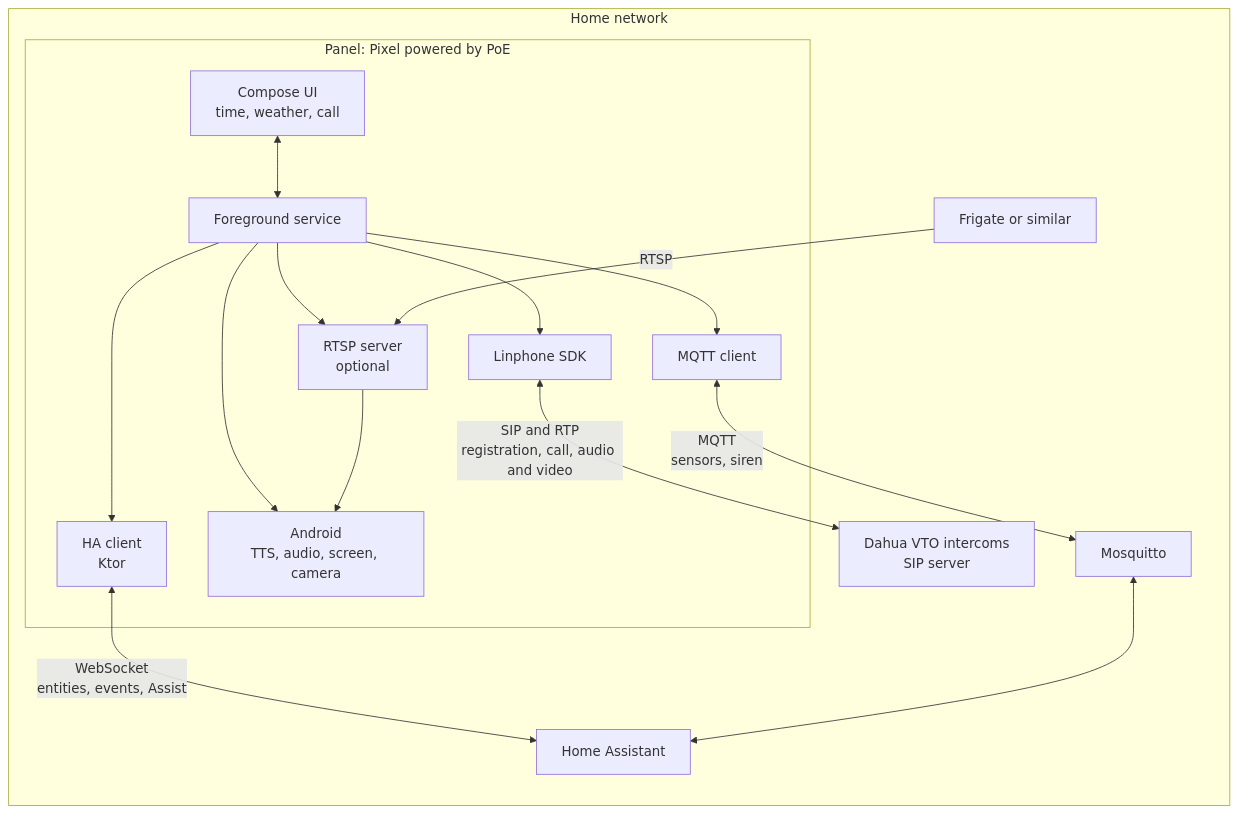
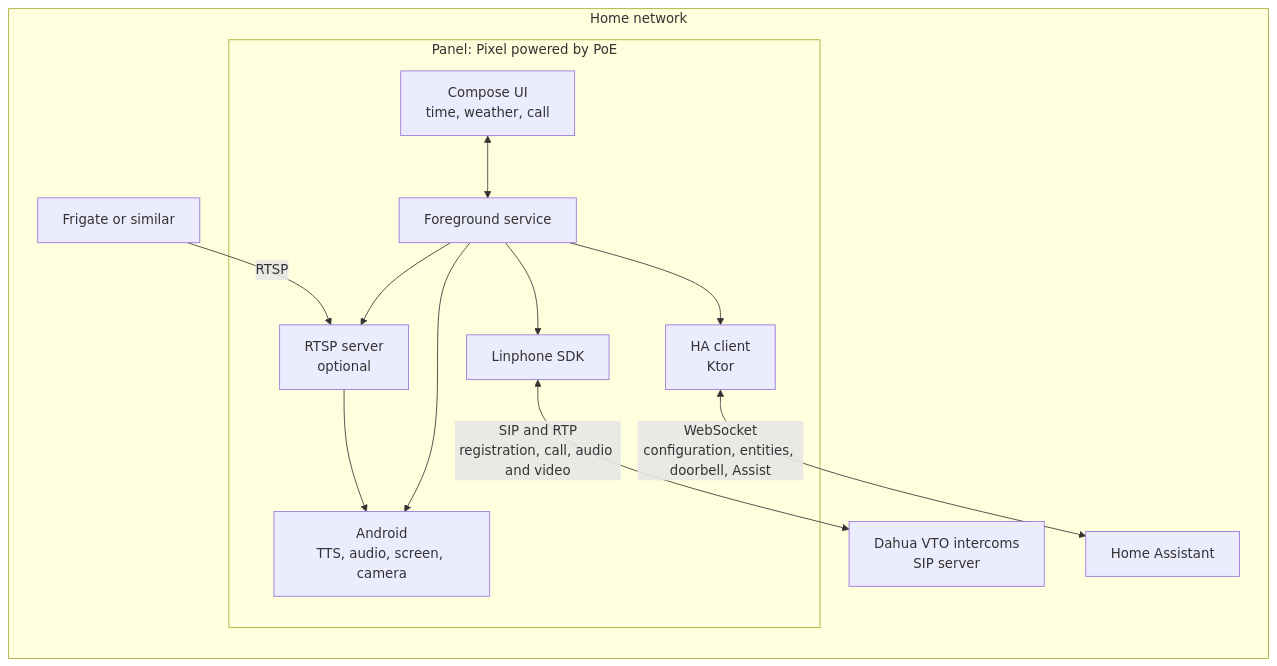
Before and after one commit to xoadev/marc2d: the diagram in README.md, drawn with Mermaid. The commit also changed other lines of this file and 33 other files, not shown here.

````diff
--- a/README.md
+++ b/README.md
@@ -37,31 +37,26 @@
 ```mermaid
 flowchart LR
     subgraph home["Home network"]
         subgraph panel["Panel: Pixel powered by PoE"]
             ui["Compose UI<br/>time, weather, call"]
             svc["Foreground service"]
             sip["Linphone SDK"]
             hac["HA client<br/>Ktor"]
-            mq["MQTT client"]
             rtsp["RTSP server<br/>optional"]
             sys["Android<br/>TTS, audio, screen, camera"]
         end
         vto["Dahua VTO intercoms<br/>SIP server"]
         ha["Home Assistant"]
-        broker["Mosquitto"]
         frigate["Frigate or similar"]
     end
 
     ui <--> svc
     svc --> sip
     svc --> hac
-    svc --> mq
     svc --> rtsp
     svc --> sys
     rtsp --> sys
     sip <-- "SIP and RTP<br/>registration, call, audio and video" --> vto
-    hac <-- "WebSocket<br/>entities, events, Assist" --> ha
-    mq <-- "MQTT<br/>sensors, siren" --> broker
-    broker <--> ha
+    hac <-- "WebSocket<br/>configuration, entities, doorbell, Assist" --> ha
     frigate -- "RTSP" --> rtsp
 ```
````
